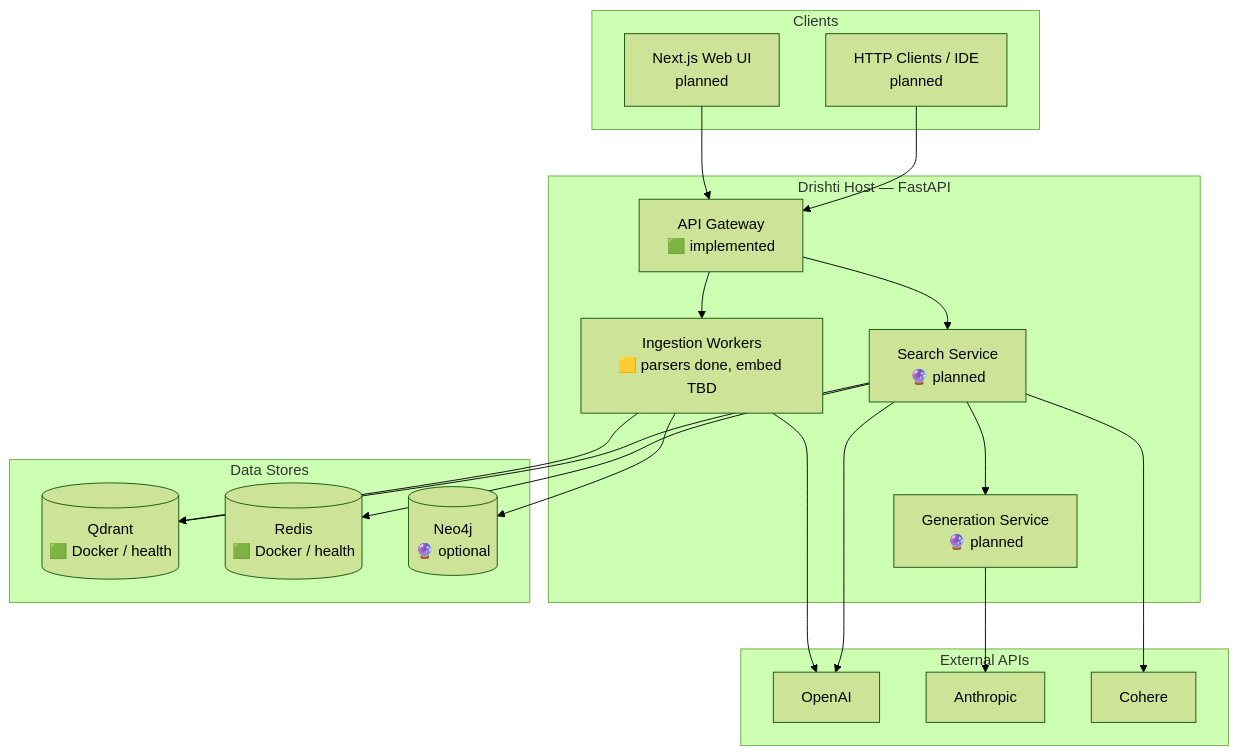
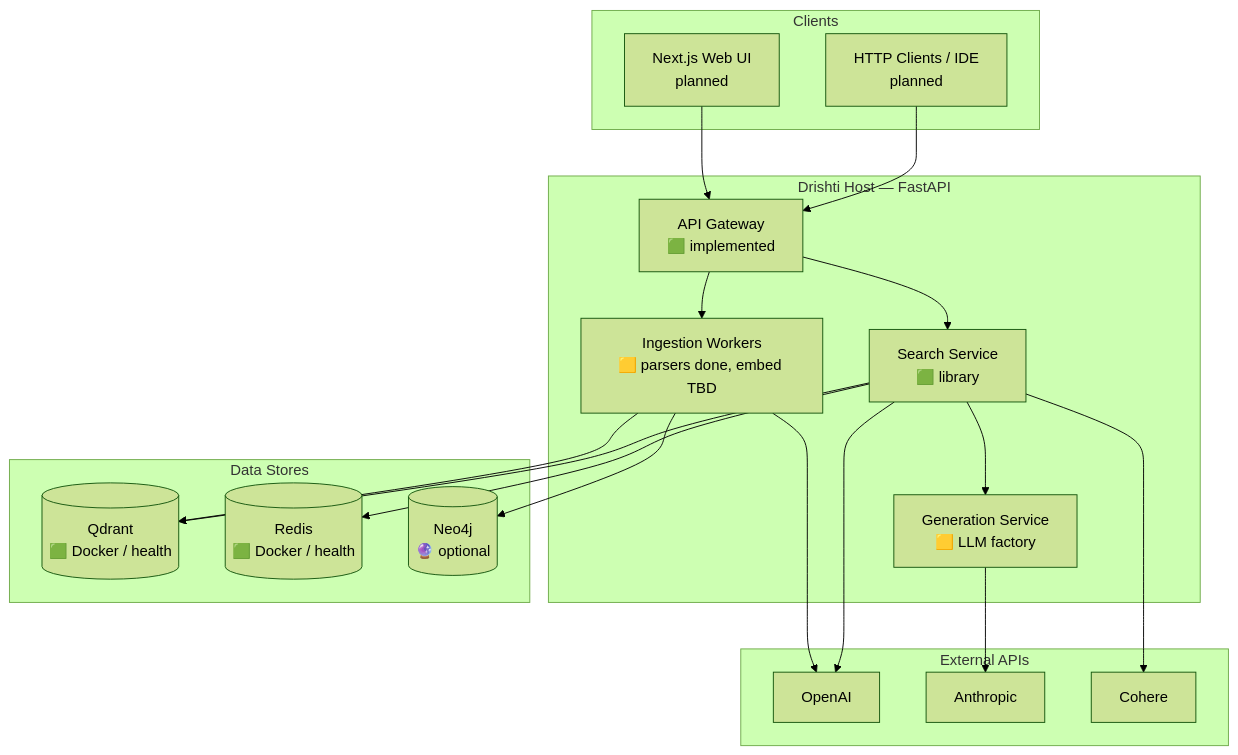
Before and after one commit to artis2021/Drishti: the second of 4 diagrams in docs/architecture/c4-model.md, drawn with Mermaid (forest theme). The commit also changed 18 other files, not shown here.

````diff
--- a/docs/architecture/c4-model.md
+++ b/docs/architecture/c4-model.md
@@ -47,40 +47,40 @@
 ```mermaid
 flowchart TB
     subgraph clients [Clients]
         WEB[Next.js Web UI<br/>planned]
         CLI[HTTP Clients / IDE<br/>planned]
     end
 
     subgraph drishti_host [Drishti Host — FastAPI]
         API[API Gateway<br/>🟩 implemented]
         ING[Ingestion Workers<br/>🟨 parsers done, embed TBD]
-        SRCH[Search Service<br/>🔮 planned]
-        GEN[Generation Service<br/>🔮 planned]
+        SRCH[Search Service<br/>🟩 library]
+        GEN[Generation Service<br/>🟨 LLM factory]
     end
 
     subgraph data [Data Stores]
         QD[(Qdrant<br/>🟩 Docker / health)]
         RD[(Redis<br/>🟩 Docker / health)]
         N4J[(Neo4j<br/>🔮 optional)]
     end
 
     subgraph external [External APIs]
         OAI[OpenAI]
         ANT[Anthropic]
         COH[Cohere]
     end
 
     WEB --> API
     CLI --> API
     API --> ING
     API --> SRCH
     SRCH --> GEN
     ING --> QD
     ING --> N4J
     SRCH --> QD
     SRCH --> RD
     GEN --> ANT
     ING --> OAI
     SRCH --> OAI
     SRCH --> COH
 ```
````
